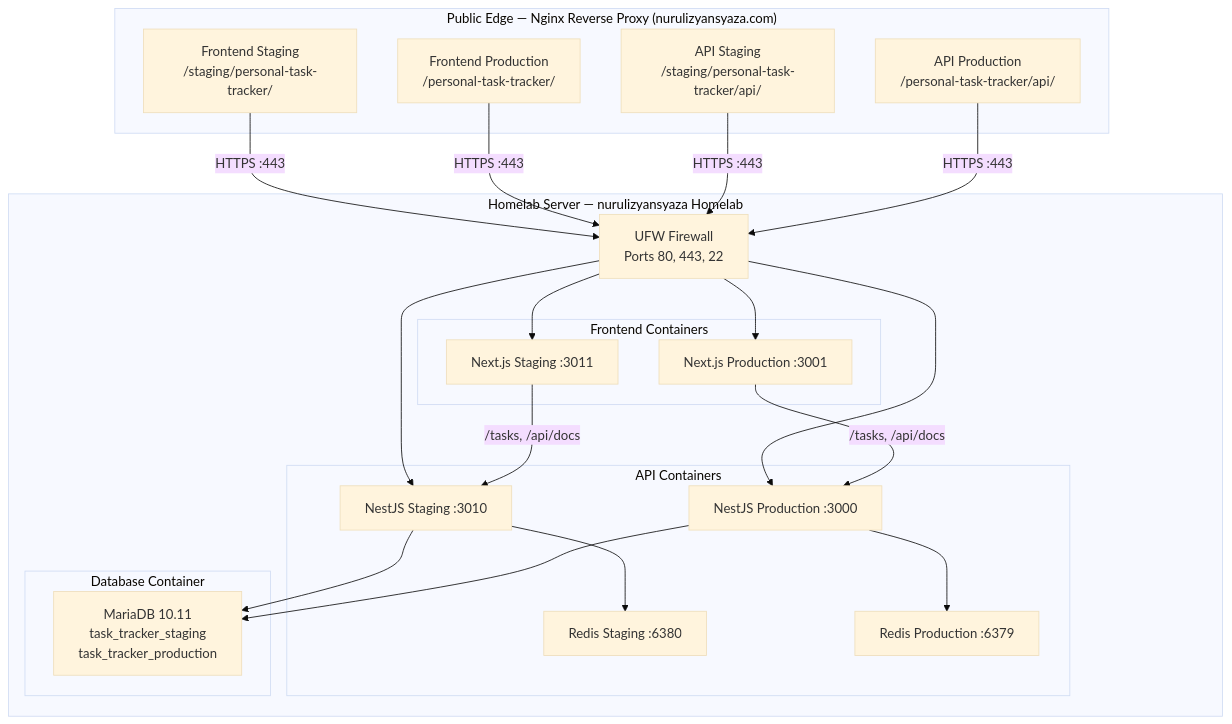
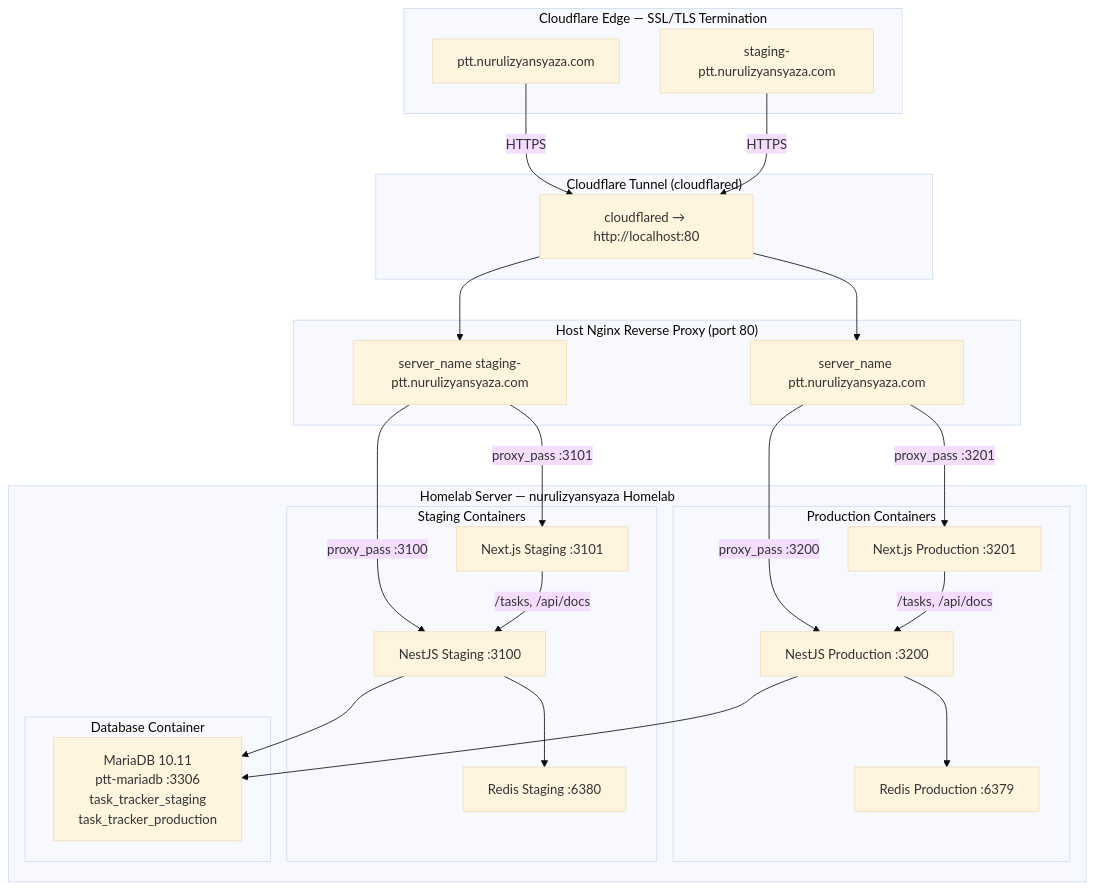
One commit to nurulizyansyaza/personal-task-tracker changed the first of 3 diagrams in HOMELAB-INFRASTRUCTURE.md. Above: the diagram before and after it, drawn with Mermaid (base theme). The commit also changed other lines of this file and 5 other files, not shown here.

````diff
--- a/HOMELAB-INFRASTRUCTURE.md
+++ b/HOMELAB-INFRASTRUCTURE.md
@@ -33,37 +34,47 @@
 ```mermaid
 graph TB
-    subgraph "Public Edge — Nginx Reverse Proxy (nurulizyansyaza.com)"
-        NG_FE_S["Frontend Staging\n/staging/personal-task-tracker/"]
-        NG_FE_P["Frontend Production\n/personal-task-tracker/"]
-        NG_API_S["API Staging\n/staging/personal-task-tracker/api/"]
-        NG_API_P["API Production\n/personal-task-tracker/api/"]
+    subgraph "Cloudflare Edge — SSL/TLS Termination"
+        CF_P["ptt.nurulizyansyaza.com"]
+        CF_S["staging-ptt.nurulizyansyaza.com"]
+    end
+
+    subgraph "Cloudflare Tunnel (cloudflared)"
+        TUNNEL["cloudflared → http://localhost:80"]
+    end
+
+    subgraph "Host Nginx Reverse Proxy (port 80)"
+        NG_P["server_name ptt.nurulizyansyaza.com"]
+        NG_S["server_name staging-ptt.nurulizyansyaza.com"]
     end
 
     subgraph "Homelab Server — nurulizyansyaza Homelab"
-        subgraph "Frontend Containers"
-            FE_S_APP["Next.js Staging :3011"]
-            FE_P_APP["Next.js Production :3001"]
-        end
-        subgraph "API Containers"
-            API_S_APP["NestJS Staging :3010"]
-            API_S_REDIS["Redis Staging :6380"]
-            API_P_APP["NestJS Production :3000"]
+        subgraph "Production Containers"
+            FE_P_APP["Next.js Production :3201"]
+            API_P_APP["NestJS Production :3200"]
             API_P_REDIS["Redis Production :6379"]
         end
+        subgraph "Staging Containers"
+            FE_S_APP["Next.js Staging :3101"]
+            API_S_APP["NestJS Staging :3100"]
+            API_S_REDIS["Redis Staging :6380"]
+        end
         subgraph "Database Container"
-            MARIADB["MariaDB 10.11\ntask_tracker_staging\ntask_tracker_production"]
+            MARIADB["MariaDB 10.11\nptt-mariadb :3306\ntask_tracker_staging\ntask_tracker_production"]
         end
-        UFW["UFW Firewall\nPorts 80, 443, 22"]
     end
 
-    NG_FE_S -->|"HTTPS :443"| UFW --> FE_S_APP
-    NG_FE_P -->|"HTTPS :443"| UFW --> FE_P_APP
-    NG_API_S -->|"HTTPS :443"| UFW --> API_S_APP
-    NG_API_P -->|"HTTPS :443"| UFW --> API_P_APP
+    CF_P -->|"HTTPS"| TUNNEL
+    CF_S -->|"HTTPS"| TUNNEL
+    TUNNEL --> NG_P
+    TUNNEL --> NG_S
+    NG_P -->|"proxy_pass :3201"| FE_P_APP
+    NG_P -->|"proxy_pass :3200"| API_P_APP
+    NG_S -->|"proxy_pass :3101"| FE_S_APP
+    NG_S -->|"proxy_pass :3100"| API_S_APP
+    FE_P_APP -->|"/tasks, /api/docs"| API_P_APP
     FE_S_APP -->|"/tasks, /api/docs"| API_S_APP
-    FE_P_APP -->|"/tasks, /api/docs"| API_P_APP
+    API_P_APP --> API_P_REDIS
     API_S_APP --> API_S_REDIS
-    API_P_APP --> API_P_REDIS
+    API_P_APP --> MARIADB
     API_S_APP --> MARIADB
-    API_P_APP --> MARIADB
 ```
````
